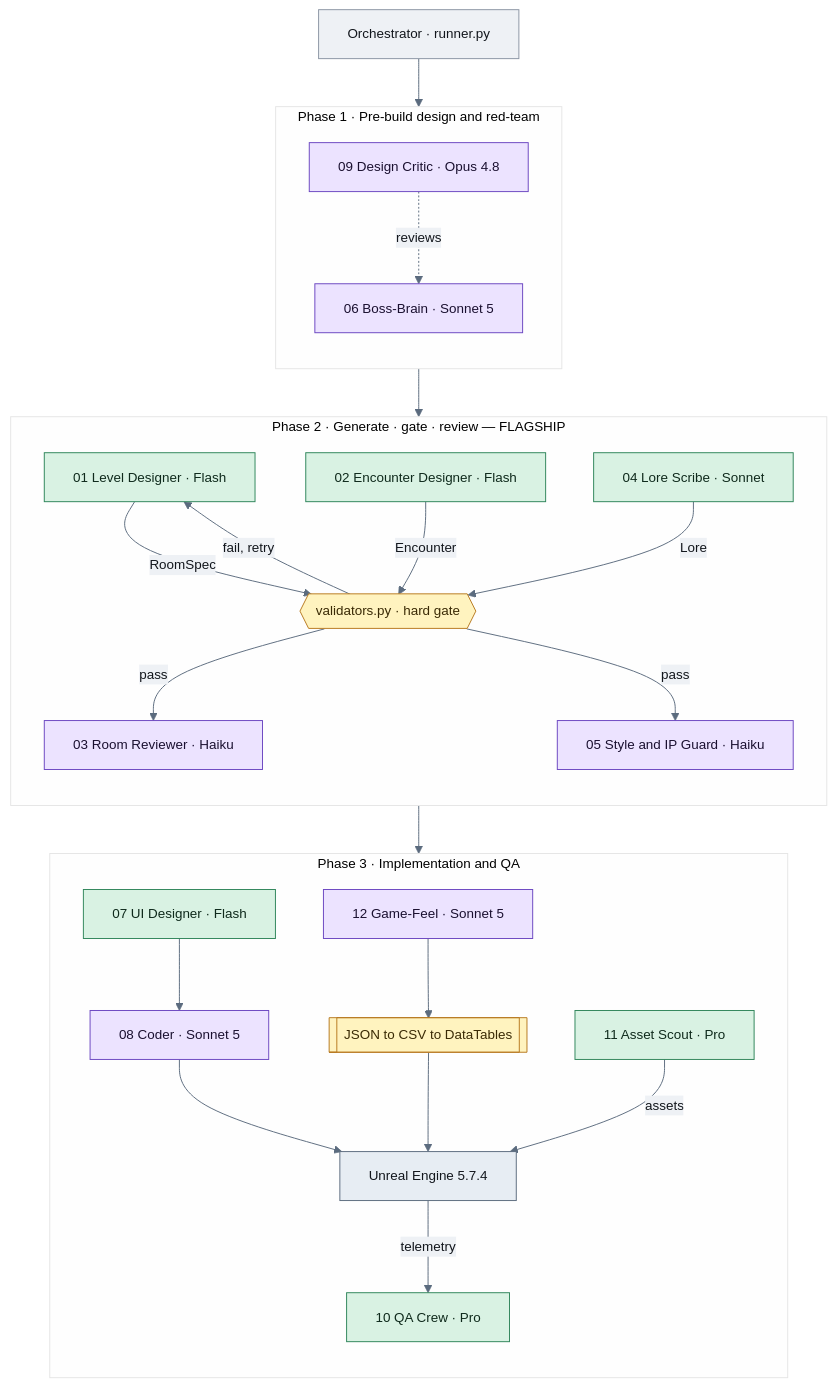
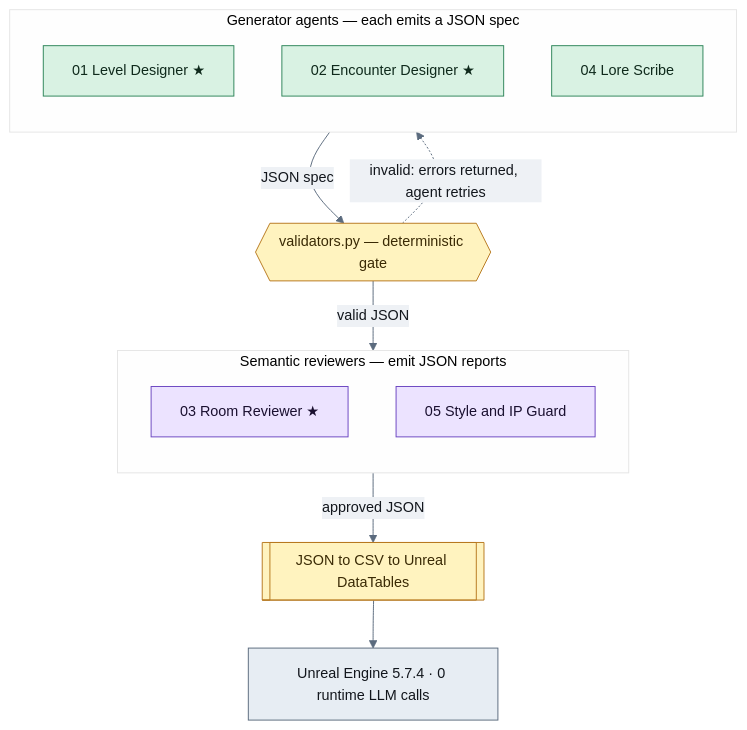
The diagram in assignment-03-agent-crew/README.md (adriangarciaestrada/Echoes-ELVTR), drawn with Mermaid before and after one commit.

Commit message:
docs: simplify architecture diagram to the core JSON pipeline
Replace the 12-node, 3-phase graph with the core content pipeline
(generators -> deterministic gate -> reviewers -> DataTable seam -> engine)
and label JSON on every hop, so it no longer reads as if only one agent
emits JSON. The full 12-agent roster stays documented in the text below.

````diff
--- a/assignment-03-agent-crew/README.md
+++ b/assignment-03-agent-crew/README.md
@@ -54,54 +54,27 @@
 ```mermaid
-%%{init: {'theme':'base','themeVariables':{'background':'#ffffff','primaryColor':'#eef1f5','primaryTextColor':'#12161c','primaryBorderColor':'#8a94a3','lineColor':'#5b6b7e','edgeLabelBackground':'#eef1f5','fontSize':'14px','fontFamily':'system-ui, -apple-system, Segoe UI, Roboto, sans-serif'}}}%%
+%%{init: {'theme':'base','themeVariables':{'background':'#ffffff','primaryColor':'#eef1f5','primaryTextColor':'#12161c','primaryBorderColor':'#8a94a3','lineColor':'#5b6b7e','edgeLabelBackground':'#eef1f5','fontSize':'15px','fontFamily':'system-ui, -apple-system, Segoe UI, sans-serif'}}}%%
 flowchart TD
-    ORCH["Orchestrator · runner.py"]:::orch
-    ORCH --> P1
+    subgraph GEN["Generator agents — each emits a JSON spec"]
+        direction TB
+        A01["01 Level Designer  ★"]:::gemini
+        A02["02 Encounter Designer  ★"]:::gemini
+        A04["04 Lore Scribe"]:::gemini
+    end
+    GEN -->|JSON spec| GATE
+    GATE{{"validators.py — deterministic gate"}}:::gate
+    GATE -.->|invalid: errors returned, agent retries| GEN
+    GATE -->|valid JSON| REV
+    subgraph REV["Semantic reviewers — emit JSON reports"]
+        direction TB
+        A03["03 Room Reviewer  ★"]:::claude
+        A05["05 Style and IP Guard"]:::claude
+    end
+    REV -->|approved JSON| SEAM
+    SEAM[["JSON to CSV to Unreal DataTables"]]:::gate
+    SEAM --> UE["Unreal Engine 5.7.4 · 0 runtime LLM calls"]:::engine
 
-    subgraph P1["Phase 1 · Pre-build design and red-team"]
-        direction TB
-        A09["09 Design Critic · Opus 4.8"]:::claude
-        A06["06 Boss-Brain · Sonnet 5"]:::claude
-        A09 -.reviews.-> A06
-    end
-    P1 --> P2
-
-    subgraph P2["Phase 2 · Generate · gate · review — FLAGSHIP"]
-        direction TB
-        A01["01 Level Designer · Flash"]:::gemini
-        A02["02 Encounter Designer · Flash"]:::gemini
-        A04["04 Lore Scribe · Sonnet"]:::gemini
-        GATE{{"validators.py · hard gate"}}:::gate
-        A03["03 Room Reviewer · Haiku"]:::claude
-        A05["05 Style and IP Guard · Haiku"]:::claude
-        A01 -->|RoomSpec| GATE
-        A02 -->|Encounter| GATE
-        A04 -->|Lore| GATE
-        GATE -->|fail, retry| A01
-        GATE -->|pass| A03
-        GATE -->|pass| A05
-    end
-    P2 --> P3
-
-    subgraph P3["Phase 3 · Implementation and QA"]
-        direction TB
-        A12["12 Game-Feel · Sonnet 5"]:::claude
-        A07["07 UI Designer · Flash"]:::gemini
-        A08["08 Coder · Sonnet 5"]:::claude
-        A11["11 Asset Scout · Pro"]:::gemini
-        A10["10 QA Crew · Pro"]:::gemini
-        SEAM[["JSON to CSV to DataTables"]]:::gate
-        UE["Unreal Engine 5.7.4"]:::engine
-        A07 --> A08
-        A12 --> SEAM
-        A08 --> UE
-        SEAM --> UE
-        A11 -->|assets| UE
-        UE -->|telemetry| A10
-    end
-
-    classDef orch   fill:#eef1f5,stroke:#8a94a3,color:#12161c;
+    classDef gemini fill:#d9f2e3,stroke:#2f855a,color:#0f2a1c;
+    classDef claude fill:#ece3ff,stroke:#6b46c1,color:#1a1030;
+    classDef gate   fill:#fff3bf,stroke:#b7791f,color:#3a2a05;
     classDef engine fill:#e7edf3,stroke:#5b6b7e,color:#12161c;
-    classDef claude fill:#ece3ff,stroke:#6b46c1,color:#1a1030;
-    classDef gemini fill:#d9f2e3,stroke:#2f855a,color:#0f2a1c;
-    classDef gate   fill:#fff3bf,stroke:#b7791f,color:#3a2a05;
 ```
````
